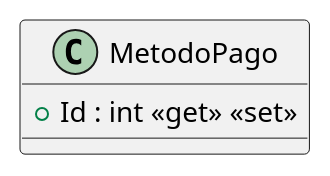
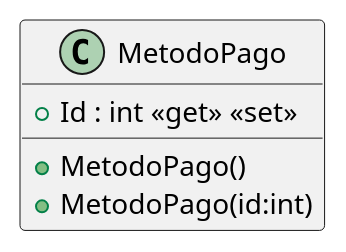
The diagram in src/AppForSEII.API/ClassDiagram/MetodoPago.puml (ISII2627JRJ/ISII2627JRJ), drawn with PlantUML before and after one commit. The commit also changed 16 other files, not shown here.

First line of the commit message:
Constructores añadidos y diagramas uml actualizados (#48)

```diff
--- a/src/AppForSEII.API/ClassDiagram/MetodoPago.puml
+++ b/src/AppForSEII.API/ClassDiagram/MetodoPago.puml
@@ -1,5 +1,7 @@
 @startuml
 class MetodoPago {
+    + MetodoPago()
+    + MetodoPago(id:int)
     + Id : int <<get>> <<set>>
 }
 @enduml
```
